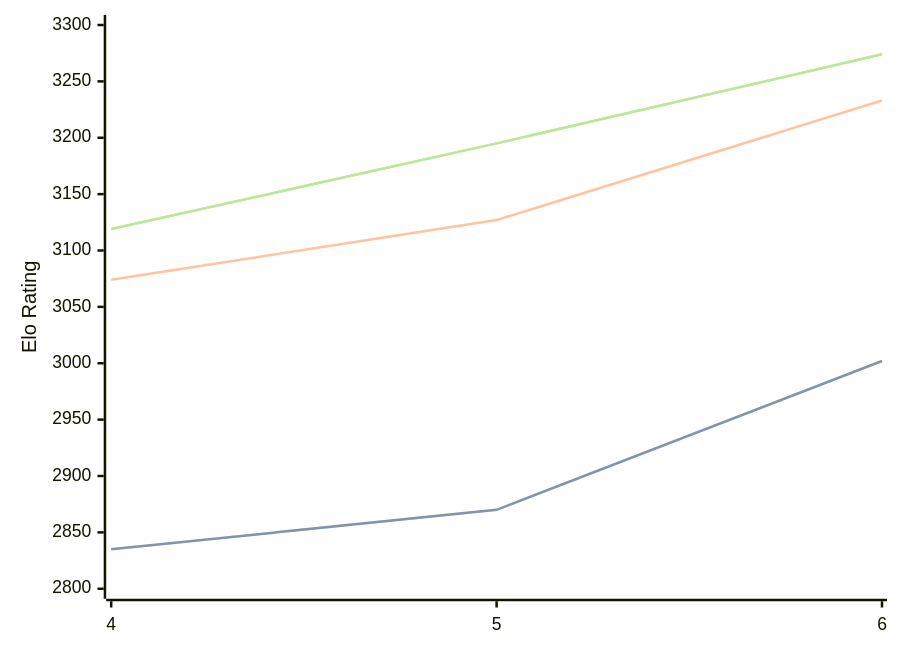
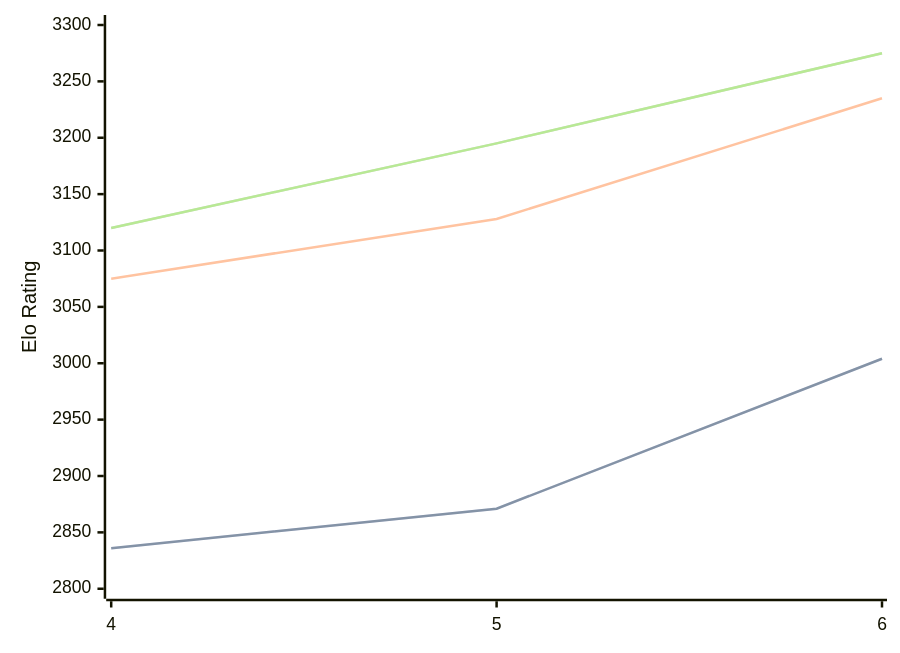
Before and after one commit to computer-chess-index/cci: the diagram in engines/Cwtch.md, drawn with Mermaid. The commit also changed other lines of this file, not shown here.

Commit message:
Update CCI Ratings (ELO VLTC) - 2026-07-23

````diff
--- a/engines/Cwtch.md
+++ b/engines/Cwtch.md
@@ -36,11 +36,11 @@
 ```mermaid
 %%{init: {"theme":"base","themeVariables":{"seriesColors:['#a3a3a3','#222221','#faa371']}}}%%
 xychart-beta
   x-axis ["4", "5", "6"]
   y-axis "Elo Rating" 2800 --> 3300
-  line "STC (8.0+0.08s)" [2835, 2870, 3002]
-  line "STC (8.0+0.08s)" [2835, 2870, 3002]
-  line "LTC (60.0+0.60s)" [3074, 3127, 3233]
-  line "VLTC (2m24s+1.12s)" [3119, 3195, 3274]
-  line "VLTC (2m24s+1.12s)" [3119, 3195, 3274]
+  line "STC (8.0+0.08s)" [2836, 2871, 3004]
+  line "STC (8.0+0.08s)" [2836, 2871, 3004]
+  line "LTC (60.0+0.60s)" [3075, 3128, 3235]
+  line "VLTC (2m24s+1.12s)" [3120, 3195, 3275]
+  line "VLTC (2m24s+1.12s)" [3120, 3195, 3275]
 ```
````
